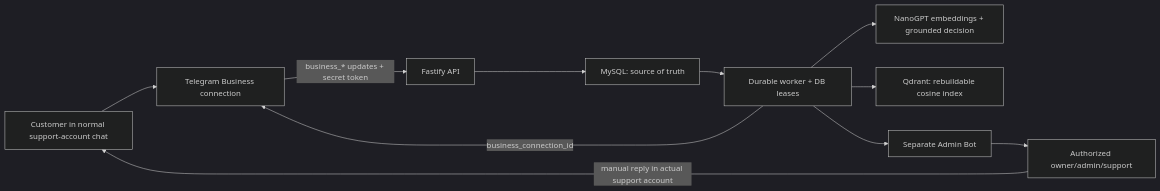
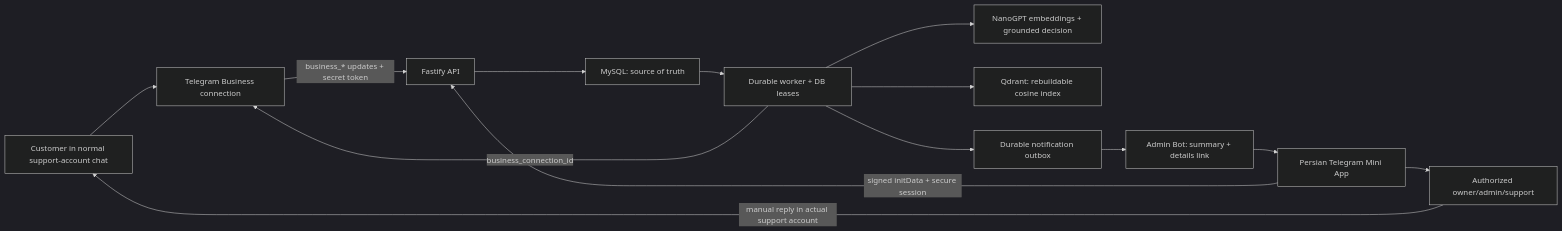
The diagram in README.md (zamaniafshar/telegram-ai-support), drawn with Mermaid (dark theme) before and after one commit. The commit also changed other lines of this file and 77 other files, not shown here.

````diff
--- a/README.md
+++ b/README.md
@@ -7,13 +7,16 @@
 ```mermaid
 flowchart LR
     Customer["Customer in normal support-account chat"] --> Telegram["Telegram Business connection"]
     Telegram -->|"business_* updates + secret token"| API["Fastify API"]
     API --> MySQL["MySQL: source of truth"]
     MySQL --> Worker["Durable worker + DB leases"]
     Worker --> NanoGPT["NanoGPT embeddings + grounded decision"]
     Worker --> Qdrant["Qdrant: rebuildable cosine index"]
     Worker -->|"business_connection_id"| Telegram
-    Worker --> AdminBot["Separate Admin Bot"]
-    AdminBot --> Human["Authorized owner/admin/support"]
+    Worker --> Outbox["Durable notification outbox"]
+    Outbox --> AdminBot["Admin Bot: summary + details link"]
+    AdminBot --> MiniApp["Persian Telegram Mini App"]
+    MiniApp -->|"signed initData + secure session"| API
+    MiniApp --> Human["Authorized owner/admin/support"]
     Human -->|"manual reply in actual support account"| Customer
 ```
````
